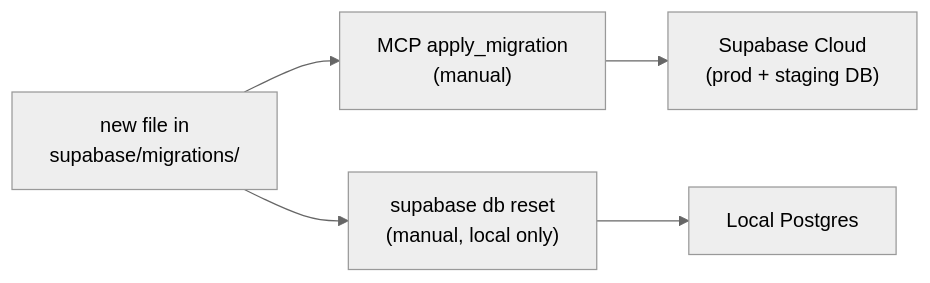
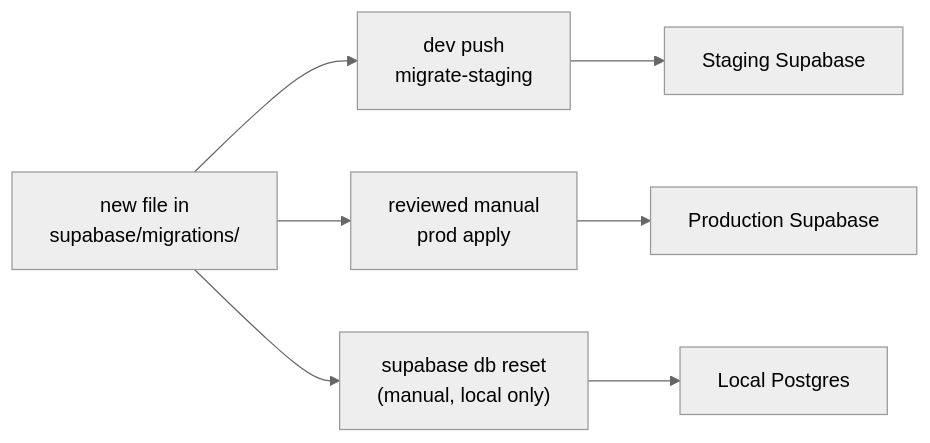
One commit to adrianghub/portfelik changed the second of 2 diagrams in docs/architecture/env-workflow.md. Above: the diagram before and after it, drawn with Mermaid (neutral theme). The commit also changed other lines of this file and 50 other files, not shown here.

````diff
--- a/docs/architecture/env-workflow.md
+++ b/docs/architecture/env-workflow.md
@@ -72,7 +86,9 @@
 ```mermaid
 flowchart LR
-  newSql["new file in<br/>supabase/migrations/"] --> mcp["MCP apply_migration<br/>(manual)"]
-  mcp --> supaCloud2["Supabase Cloud<br/>(prod + staging DB)"]
+  newSql["new file in<br/>supabase/migrations/"] --> ghaStage["dev push<br/>migrate-staging"]
+  ghaStage --> supaStage2["Staging Supabase"]
+  newSql --> prodGate["reviewed manual<br/>prod apply"]
+  prodGate --> supaProd2["Production Supabase"]
   newSql --> localReset["supabase db reset<br/>(manual, local only)"]
   localReset --> localPg["Local Postgres"]
 ```
````
